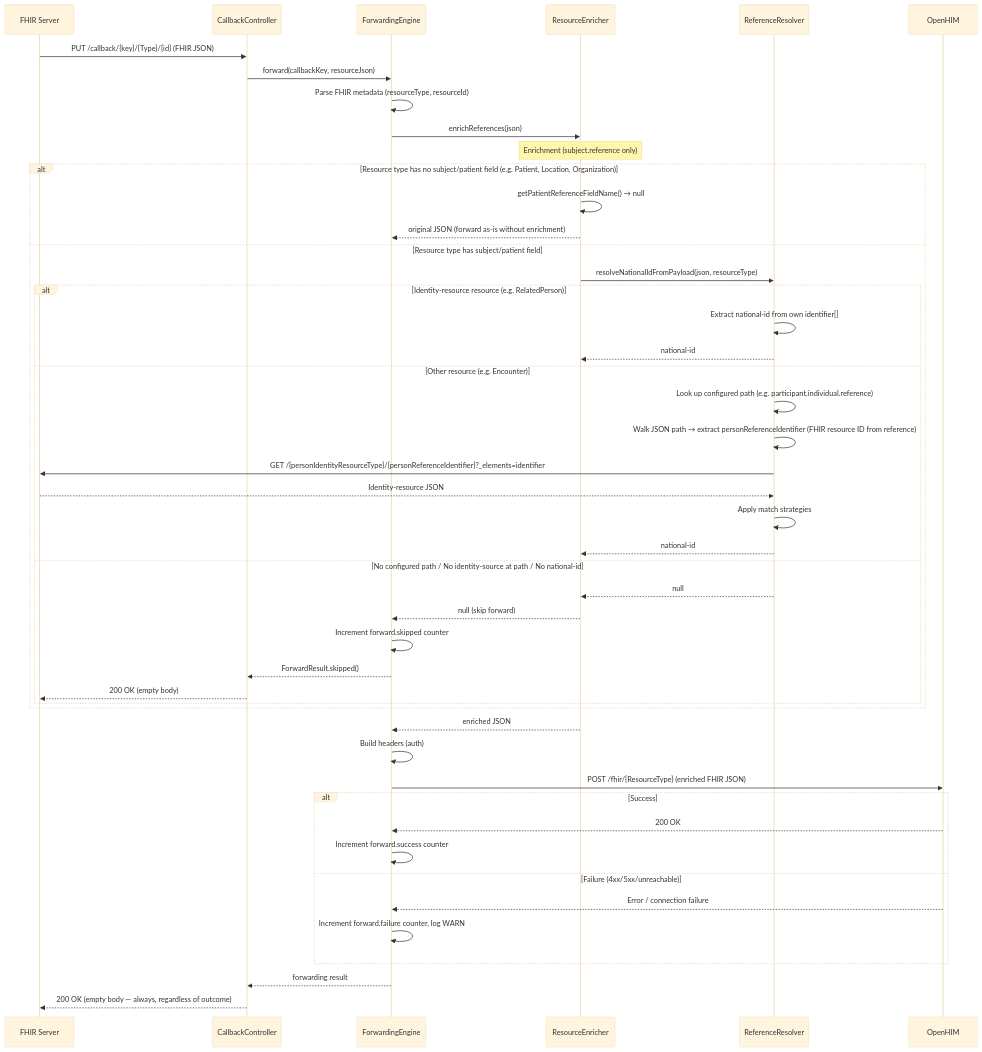
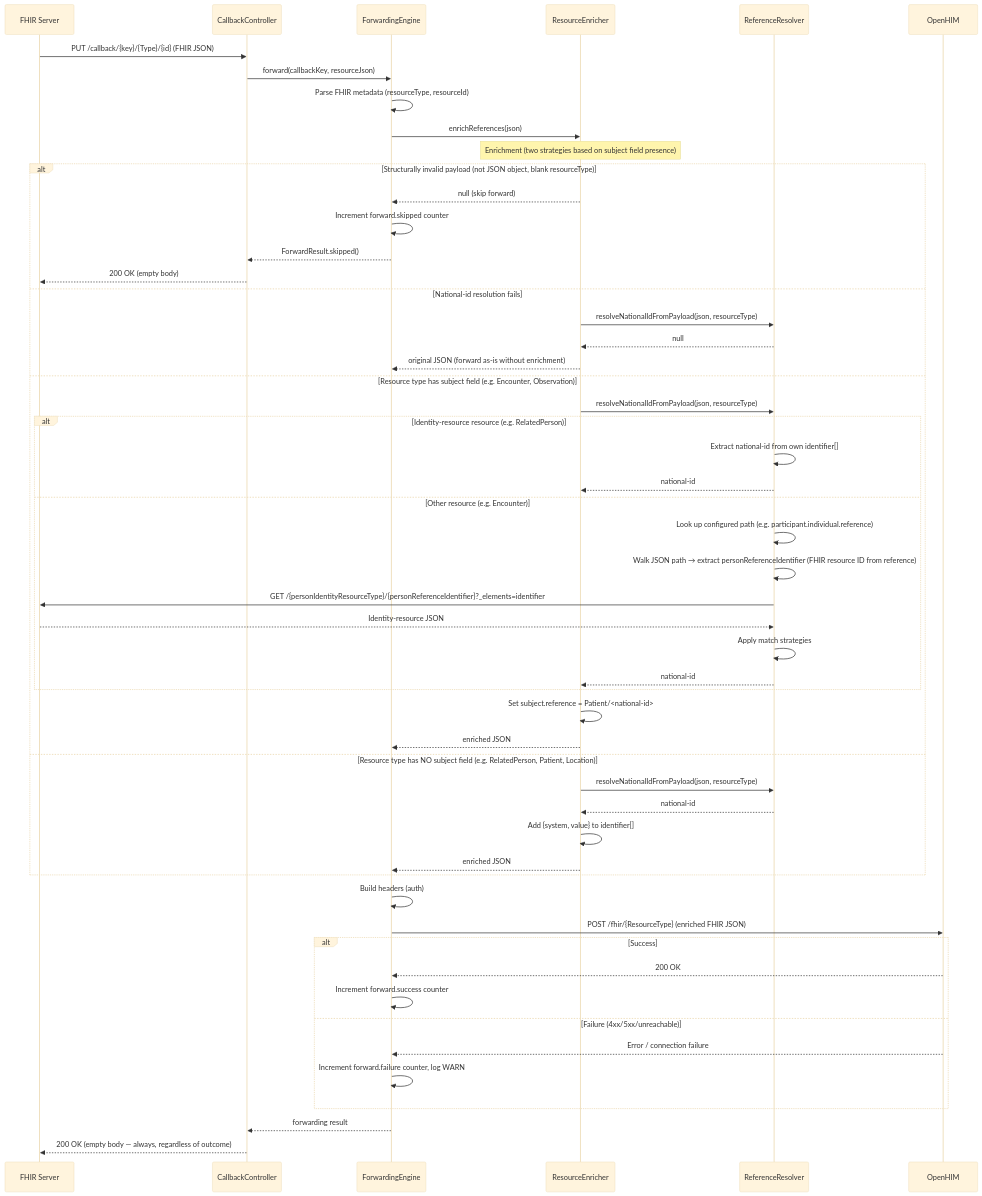
One commit to ishashankakkasali/fhir-cce-emitter-adaptor changed the second of 2 diagrams in docs/architecture.md. Above: the diagram before and after it, drawn with Mermaid (base theme). The commit also changed other lines of this file and 8 other files, not shown here.

First line of the commit message:
Refactor: Enhance national-id resolution and enrichment strategies

````diff
--- a/docs/architecture.md
+++ b/docs/architecture.md
@@ -292,52 +293,57 @@
 ```mermaid
 sequenceDiagram
     participant FS as FHIR Server
     participant CB as CallbackController
     participant FE as ForwardingEngine
     participant RE as ResourceEnricher
     participant RR as ReferenceResolver
     participant T as OpenHIM
 
     FS->>CB: PUT /callback/{key}/{Type}/{id} (FHIR JSON)
     CB->>FE: forward(callbackKey, resourceJson)
     FE->>FE: Parse FHIR metadata (resourceType, resourceId)
     FE->>RE: enrichReferences(json)
 
-    Note over RE: Enrichment (subject.reference only)
-    alt Resource type has no subject/patient field (e.g. Patient, Location, Organization)
-        RE->>RE: getPatientReferenceFieldName() → null
+    Note over RE: Enrichment (two strategies based on subject field presence)
+    alt Structurally invalid payload (not JSON object, blank resourceType)
+        RE-->>FE: null (skip forward)
+        FE->>FE: Increment forward.skipped counter
+        FE-->>CB: ForwardResult.skipped()
+        CB-->>FS: 200 OK (empty body)
+    else National-id resolution fails
+        RE->>RR: resolveNationalIdFromPayload(json, resourceType)
+        RR-->>RE: null
         RE-->>FE: original JSON (forward as-is without enrichment)
-    else Resource type has subject/patient field
+    else Resource type has subject field (e.g. Encounter, Observation)
         RE->>RR: resolveNationalIdFromPayload(json, resourceType)
         alt Identity-resource resource (e.g. RelatedPerson)
             RR->>RR: Extract national-id from own identifier[]
             RR-->>RE: national-id
         else Other resource (e.g. Encounter)
             RR->>RR: Look up configured path (e.g. participant.individual.reference)
             RR->>RR: Walk JSON path → extract personReferenceIdentifier (FHIR resource ID from reference)
             RR->>FS: GET /{personIdentityResourceType}/{personReferenceIdentifier}?_elements=identifier
             FS-->>RR: Identity-resource JSON
             RR->>RR: Apply match strategies
             RR-->>RE: national-id
-        else No configured path / No identity-source at path / No national-id
-            RR-->>RE: null
-            RE-->>FE: null (skip forward)
-            FE->>FE: Increment forward.skipped counter
-            FE-->>CB: ForwardResult.skipped()
-            CB-->>FS: 200 OK (empty body)
         end
+        RE->>RE: Set subject.reference = Patient/<national-id>
+        RE-->>FE: enriched JSON
+    else Resource type has NO subject field (e.g. RelatedPerson, Patient, Location)
+        RE->>RR: resolveNationalIdFromPayload(json, resourceType)
+        RR-->>RE: national-id
+        RE->>RE: Add {system, value} to identifier[]
+        RE-->>FE: enriched JSON
     end
-
-    RE-->>FE: enriched JSON
     FE->>FE: Build headers (auth)
     FE->>T: POST /fhir/{ResourceType} (enriched FHIR JSON)
     alt Success
         T-->>FE: 200 OK
         FE->>FE: Increment forward.success counter
     else Failure (4xx/5xx/unreachable)
         T-->>FE: Error / connection failure
         FE->>FE: Increment forward.failure counter, log WARN
     end
     FE-->>CB: forwarding result
     CB-->>FS: 200 OK (empty body — always, regardless of outcome)
 ```
````
